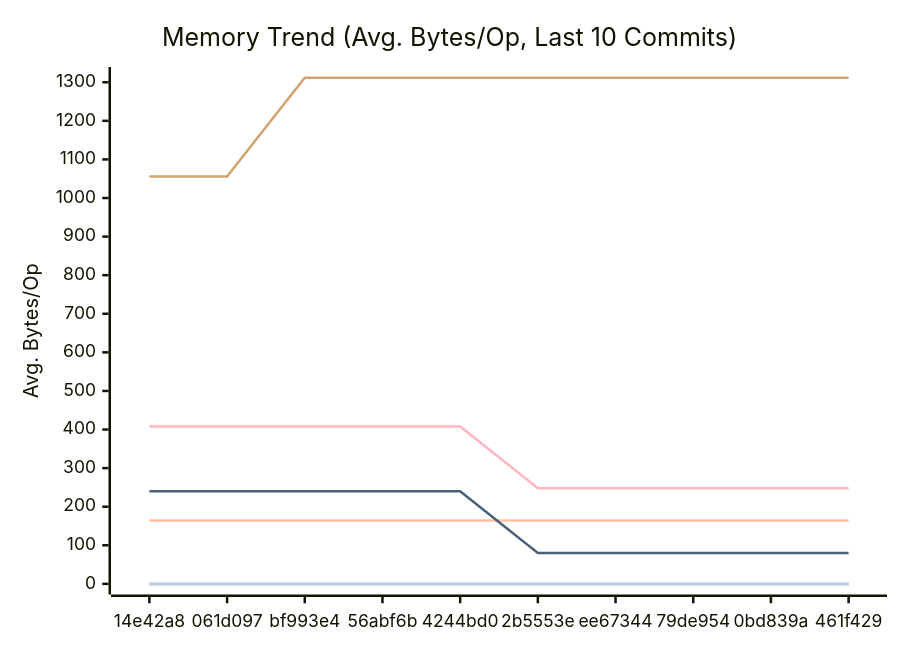
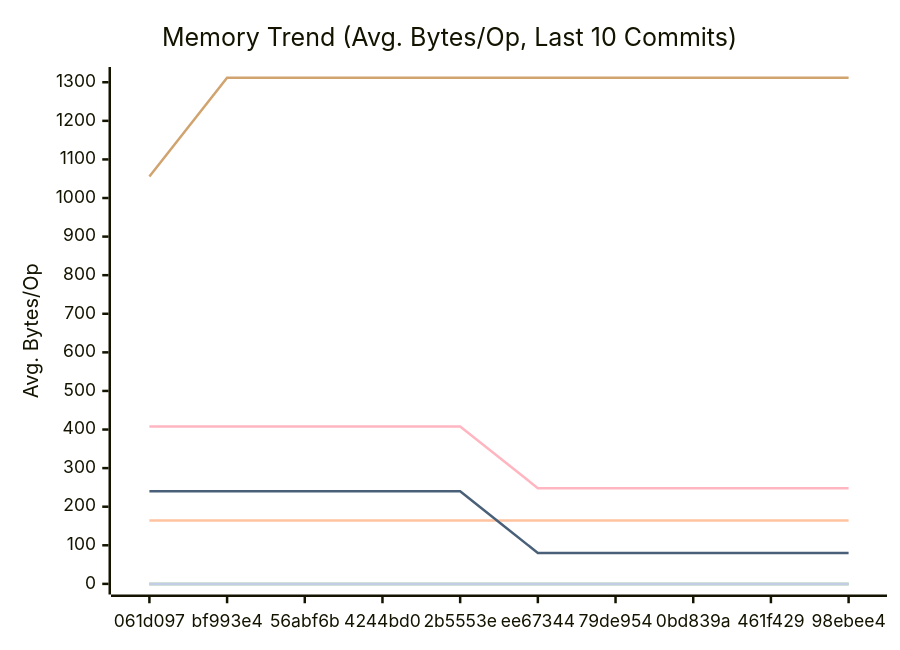
The second of 3 diagrams in docs/PERFORMANCE.md (alsotoes/momo), drawn with Mermaid before and after one commit. The commit also changed other lines of this file and 3 other files, not shown here.

````diff
--- a/docs/PERFORMANCE.md
+++ b/docs/PERFORMANCE.md
@@ -97,16 +97,16 @@
 ```mermaid
 xychart-beta
     title "Memory Trend (Avg. Bytes/Op, Last 10 Commits)"
     x-axis "Commit"
     y-axis "Avg. Bytes/Op"
-    x-axis [14e42a8,061d097,bf993e4,56abf6b,4244bd0,2b5553e,ee67344,79de954,0bd839a,461f429]
+    x-axis [061d097,bf993e4,56abf6b,4244bd0,2b5553e,ee67344,79de954,0bd839a,461f429,98ebee4]
     line "CheckMetricsAndSwap" [0,0,0,0,0,0,0,0,0,0]
     line "CrushOptimized" [0,0,0,0,0,0,0,0,0,0]
     line "CrushOriginal" [164,164,164,164,164,164,164,164,164,164]
     line "IndexDirectTracking" [0,0,0,0,0,0,0,0,0,0]
     line "IndexSearch" [0,0,0,0,0,0,0,0,0,0]
-    line "LoadGlobalConfig" [1056,1056,1312,1312,1312,1312,1312,1312,1312,1312]
+    line "LoadGlobalConfig" [1056,1312,1312,1312,1312,1312,1312,1312,1312,1312]
     line "PadString" [0,0,0,0,0,0,0,0,0,0]
     line "ParseReplicationOrder_NoPrealloc" [408,408,408,408,408,248,248,248,248,248]
     line "ParseReplicationOrder_Prealloc" [240,240,240,240,240,80,80,80,80,80]
 ```
````
